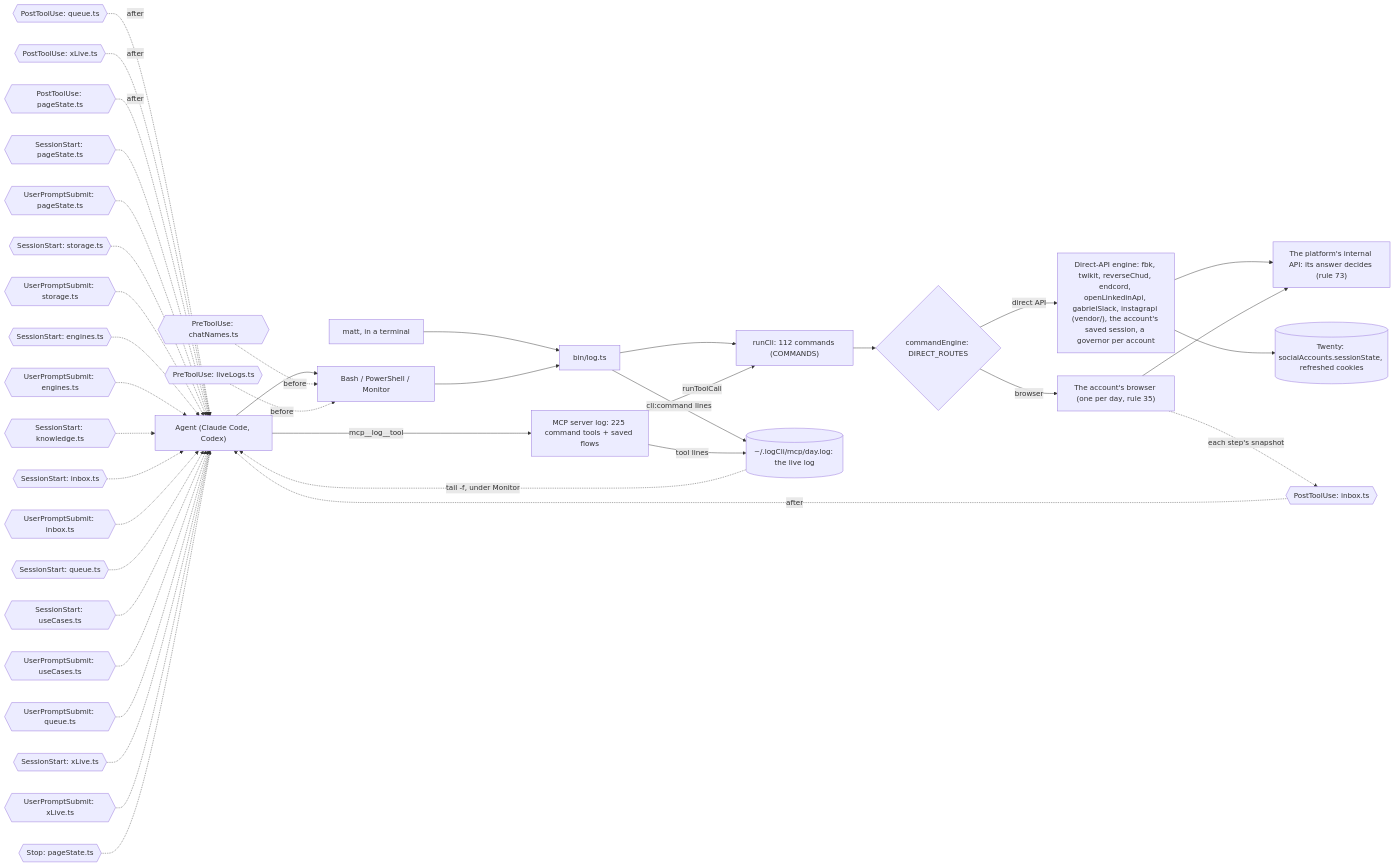
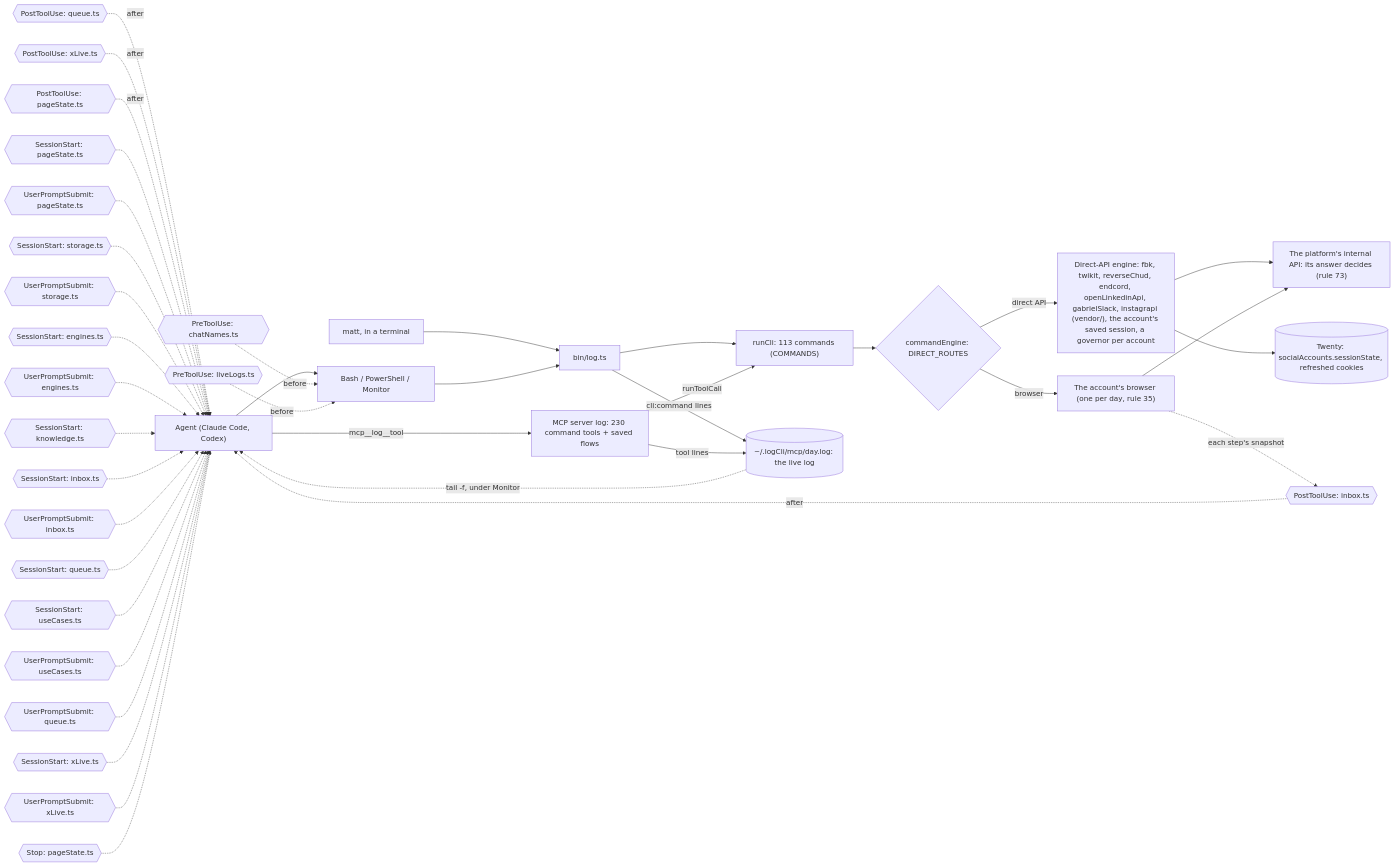
One commit to matthewdonsemail-lab/log changed the third of 6 diagrams in docs/reference.md. Above: the diagram before and after it, drawn with Mermaid. The commit also changed other lines of this file and 55 other files, not shown here.

````diff
--- a/docs/reference.md
+++ b/docs/reference.md
@@ -195,53 +195,53 @@
 ```mermaid
 flowchart LR
   agent["Agent (Claude Code, Codex)"]
   matt["matt, in a terminal"]
   shell["Bash / PowerShell / Monitor"]
-  mcp["MCP server log: 225 command tools + saved flows"]
+  mcp["MCP server log: 230 command tools + saved flows"]
   bin["bin/log.ts"]
-  runCli["runCli: 112 commands (COMMANDS)"]
+  runCli["runCli: 113 commands (COMMANDS)"]
   live[("~/.logCli/mcp/day.log: the live log")]
   engine{"commandEngine: DIRECT_ROUTES"}
   direct["Direct-API engine: fbk, twikit, reverseChud, endcord, openLinkedinApi, gabrielSlack, instagrapi (vendor/), the account's saved session, a governor per account"]
   browser["The account's browser (one per day, rule 35)"]
   api["The platform's internal API: its answer decides (rule 73)"]
   twenty[("Twenty: socialAccounts.sessionState, refreshed cookies")]
   agent --> shell
   matt --> bin
   shell --> bin
   agent -->|mcp__log__tool| mcp
   bin --> runCli
   mcp -->|runToolCall| runCli
   runCli --> engine
   engine -->|direct API| direct
   engine -->|browser| browser
   direct --> api
   browser --> api
   direct --> twenty
   bin -->|cli:command lines| live
   mcp -->|tool lines| live
   live -.->|tail -f, under Monitor| agent
   pre0{{"PreToolUse: chatNames.ts"}} -.->|before| shell
   pre1{{"PreToolUse: liveLogs.ts"}} -.->|before| shell
   post0{{"PostToolUse: inbox.ts"}} -.->|after| agent
   post1{{"PostToolUse: queue.ts"}} -.->|after| agent
   post2{{"PostToolUse: xLive.ts"}} -.->|after| agent
   post3{{"PostToolUse: pageState.ts"}} -.->|after| agent
   turn0{{"SessionStart: pageState.ts"}} -.-> agent
   turn1{{"UserPromptSubmit: pageState.ts"}} -.-> agent
   turn2{{"SessionStart: storage.ts"}} -.-> agent
   turn3{{"UserPromptSubmit: storage.ts"}} -.-> agent
   turn4{{"SessionStart: engines.ts"}} -.-> agent
   turn5{{"UserPromptSubmit: engines.ts"}} -.-> agent
   turn6{{"SessionStart: knowledge.ts"}} -.-> agent
   turn7{{"SessionStart: inbox.ts"}} -.-> agent
   turn8{{"UserPromptSubmit: inbox.ts"}} -.-> agent
   turn9{{"SessionStart: queue.ts"}} -.-> agent
   turn10{{"SessionStart: useCases.ts"}} -.-> agent
   turn11{{"UserPromptSubmit: useCases.ts"}} -.-> agent
   turn12{{"UserPromptSubmit: queue.ts"}} -.-> agent
   turn13{{"SessionStart: xLive.ts"}} -.-> agent
   turn14{{"UserPromptSubmit: xLive.ts"}} -.-> agent
   turn15{{"Stop: pageState.ts"}} -.-> agent
   browser -.->|each step's snapshot| post0
 ```
````
